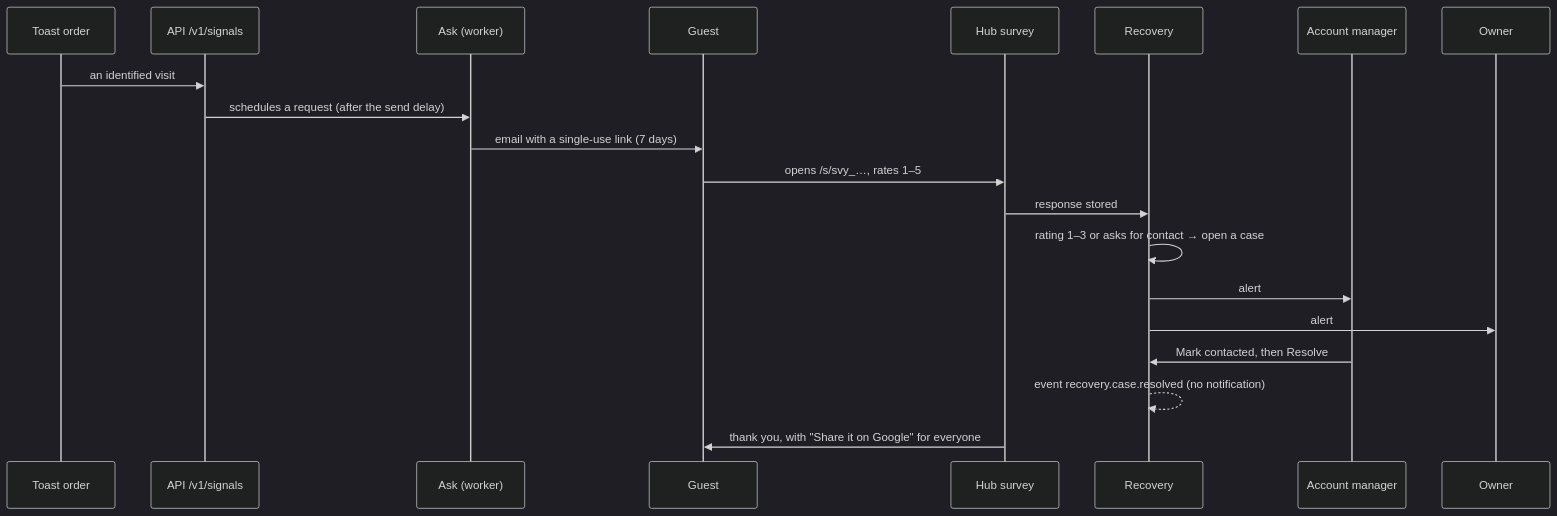
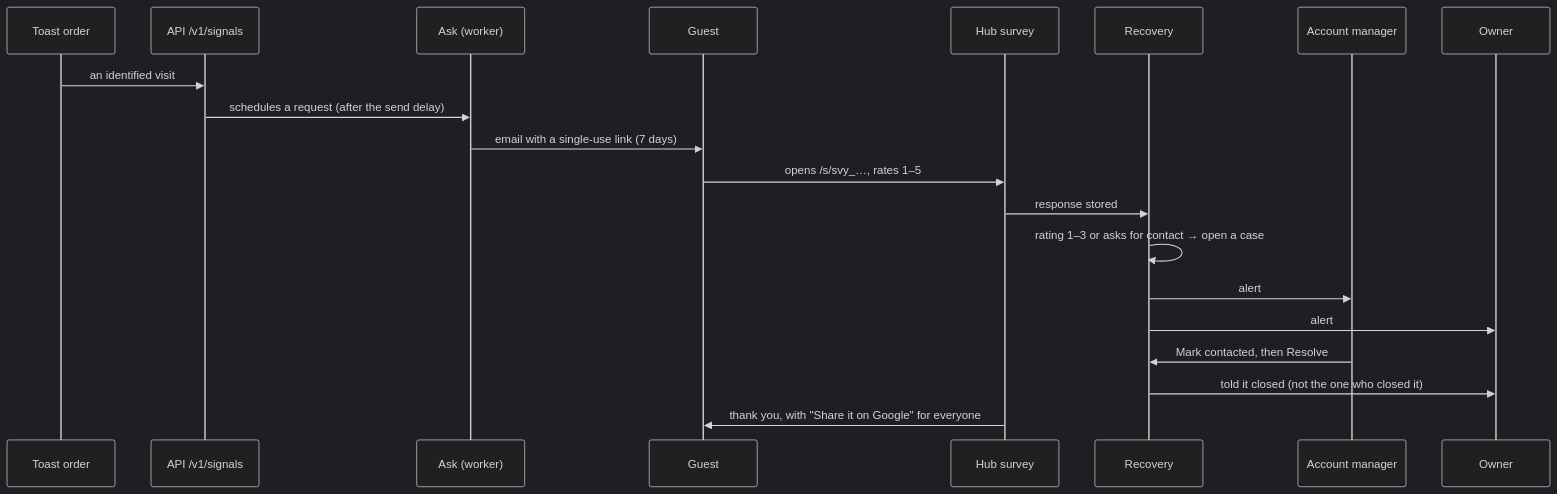
Before and after one commit to atriumad/atrium.agent.system: the diagram in apps/docs/docs/product/using-the-system.md, drawn with Mermaid (dark theme). The commit also changed other lines of this file and 5 other files, not shown here.

First line of the commit message:
feat(reputation): tell the owners and the team when a case is resolved

````diff
--- a/apps/docs/docs/product/using-the-system.md
+++ b/apps/docs/docs/product/using-the-system.md
@@ -28,23 +28,23 @@
 ```mermaid
 sequenceDiagram
   participant POS as Toast order
   participant API as API /v1/signals
   participant Ask as Ask (worker)
   participant G as Guest
   participant Hub as Hub survey
   participant Rec as Recovery
   participant AM as Account manager
   participant O as Owner
 
   POS->>API: an identified visit
   API->>Ask: schedules a request (after the send delay)
   Ask->>G: email with a single-use link (7 days)
   G->>Hub: opens /s/svy_…, rates 1–5
   Hub->>Rec: response stored
   Rec->>Rec: rating 1–3 or asks for contact → open a case
   Rec->>AM: alert
   Rec->>O: alert
   AM->>Rec: Mark contacted, then Resolve
-  Rec-->>Rec: event recovery.case.resolved (no notification)
+  Rec->>O: told it closed (not the one who closed it)
   Hub->>G: thank you, with "Share it on Google" for everyone
 ```
````
